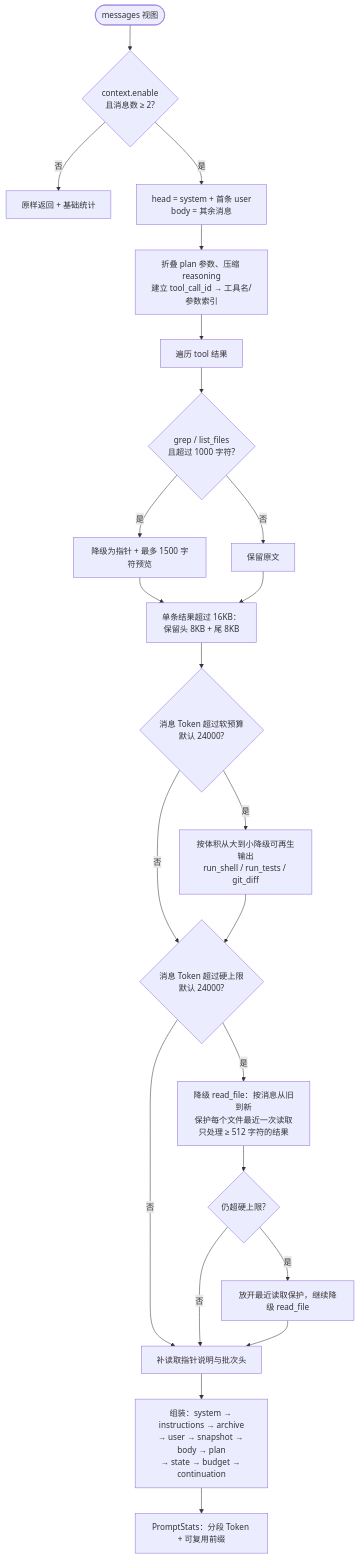
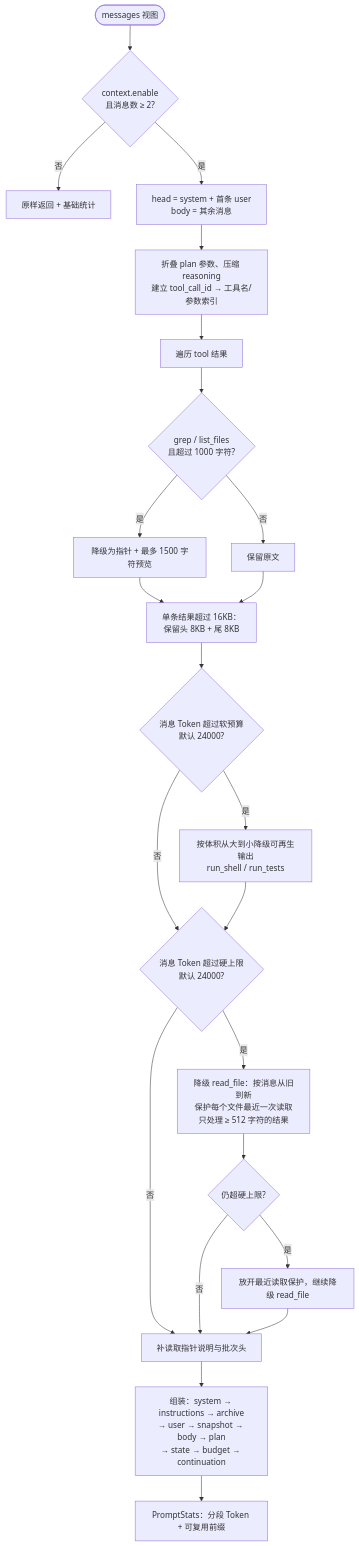
Before and after one commit to 573486592837/Breeze: the fourth of 10 diagrams in docs/ARCHITECTURE.md, drawn with Mermaid. The commit also changed other lines of this file and 9 other files, not shown here.

First line of the commit message:
refactor(context): 思考只保留最新一步并移除 git_diff

````diff
--- a/docs/ARCHITECTURE.md
+++ b/docs/ARCHITECTURE.md
@@ -216,25 +216,25 @@
 ```mermaid
 flowchart TD
     A([messages 视图]) --> B{context.enable<br/>且消息数 ≥ 2?}
     B -- 否 --> C[原样返回 + 基础统计]
     B -- 是 --> D[head = system + 首条 user<br/>body = 其余消息]
     D --> E[折叠 plan 参数、压缩 reasoning<br/>建立 tool_call_id → 工具名/参数索引]
     E --> F[遍历 tool 结果]
     F --> G{grep / list_files<br/>且超过 1000 字符?}
     G -- 是 --> H[降级为指针 + 最多 1500 字符预览]
     G -- 否 --> I[保留原文]
     H --> J[单条结果超过 16KB：<br/>保留头 8KB + 尾 8KB]
     I --> J
     J --> K{消息 Token 超过软预算<br/>默认 24000?}
-    K -- 是 --> L[按体积从大到小降级可再生输出<br/>run_shell / run_tests / git_diff]
+    K -- 是 --> L[按体积从大到小降级可再生输出<br/>run_shell / run_tests]
     K -- 否 --> M{消息 Token 超过硬上限<br/>默认 24000?}
     L --> M
     M -- 否 --> Q[补读取指针说明与批次头]
     M -- 是 --> N[降级 read_file：按消息从旧到新<br/>保护每个文件最近一次读取<br/>只处理 ≥ 512 字符的结果]
     N --> O{仍超硬上限?}
     O -- 是 --> P[放开最近读取保护，继续降级 read_file]
     O -- 否 --> Q
     P --> Q
     Q --> R[组装：system → instructions → archive<br/>→ user → snapshot → body → plan<br/>→ state → budget → continuation]
     R --> S[PromptStats：分段 Token + 可复用前缀]
 ```
````
